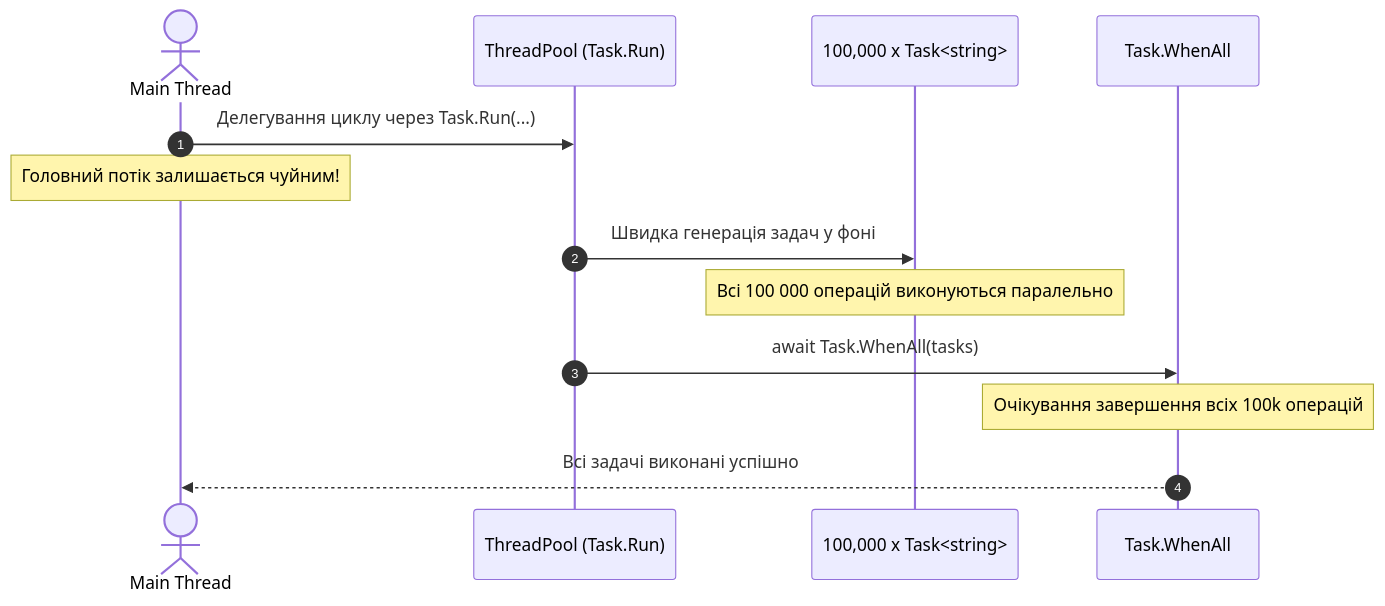
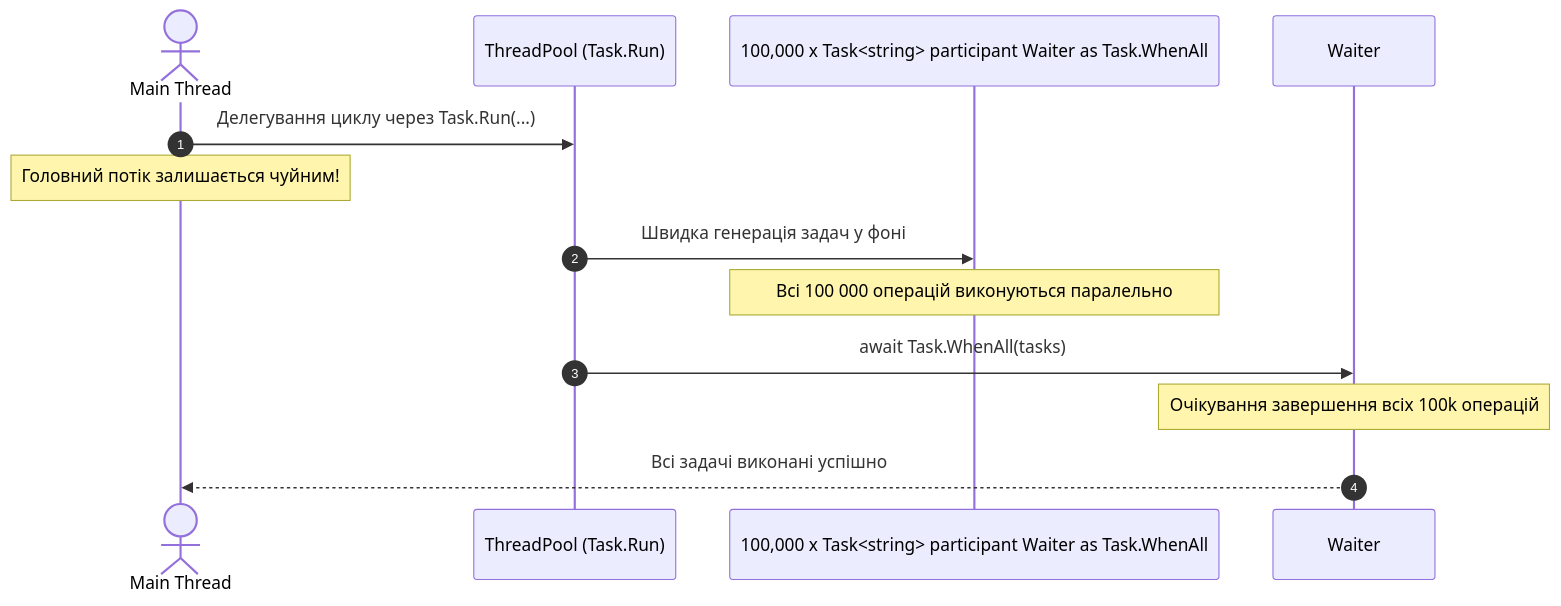
Before and after one commit to MrTomkaYurii/CSharp-OOP-Mastery: the diagram in 06-Multithreading-And-Parallelism/03-Asynchronous-Programming/04-ExecuteMultipleTasks/README.md, drawn with Mermaid. The commit also changed other lines of this file and 158 other files, not shown here.

````diff
--- a/06-Multithreading-And-Parallelism/03-Asynchronous-Programming/04-ExecuteMultipleTasks/README.md
+++ b/06-Multithreading-And-Parallelism/03-Asynchronous-Programming/04-ExecuteMultipleTasks/README.md
@@ -25,18 +24,17 @@
 ```mermaid
 sequenceDiagram
     autonumber
     actor Main as Main Thread
     participant Pool as ThreadPool (Task.Run)
-    participant Tasks as 100,000 x Task<string>
-    participant Waiter as Task.WhenAll
+    participant Tasks as 100,000 x Task<string> participant Waiter as Task.WhenAll
 
     Main->>Pool: Делегування циклу через Task.Run(...)
     Note over Main: Головний потік залишається чуйним!
     
     Pool->>Tasks: Швидка генерація задач у фоні
     Note over Tasks: Всі 100 000 операцій виконуються паралельно
     
     Pool->>Waiter: await Task.WhenAll(tasks)
     Note over Waiter: Очікування завершення всіх 100k операцій
     Waiter-->>Main: Всі задачі виконані успішно
 ```
````
